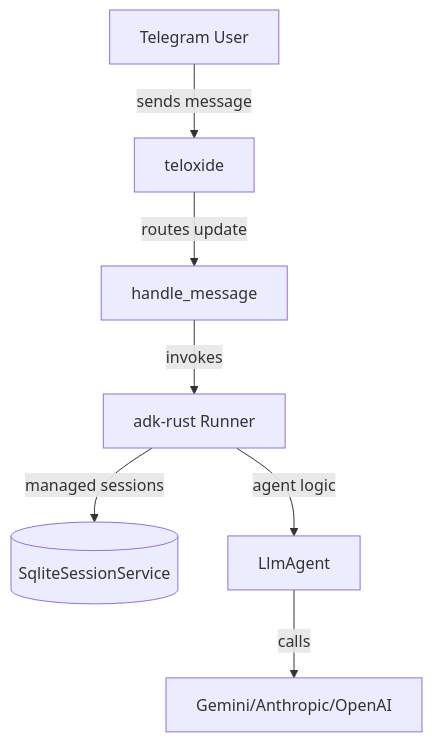
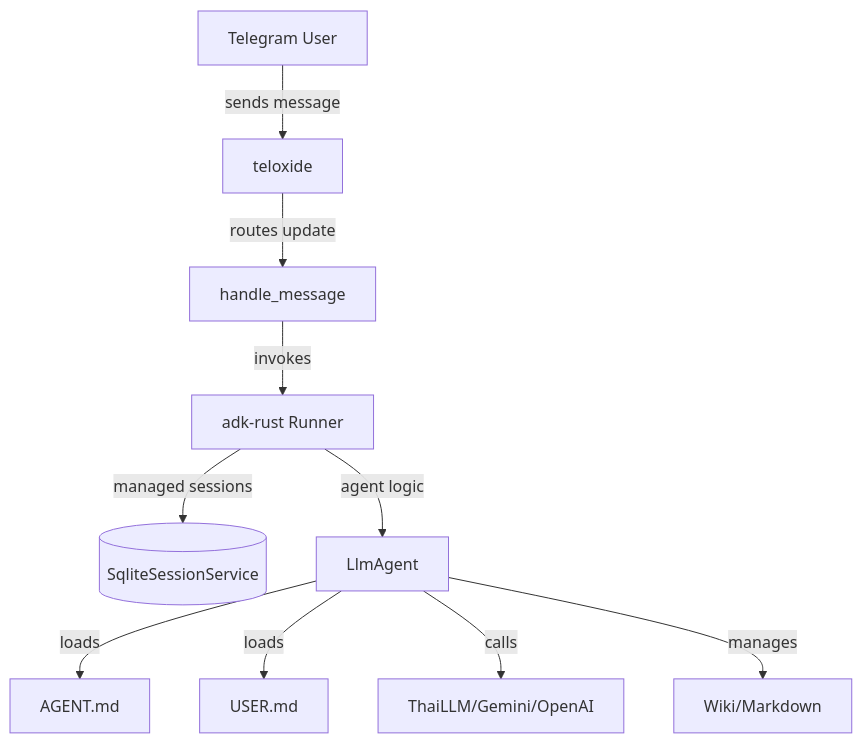
Before and after one commit to anoochit/telegram_bot: the diagram in README.md, drawn with Mermaid. The commit also changed other lines of this file, not shown here.

Commit message:
docs: update README with new architecture, wiki KM, and persona system

````diff
--- a/README.md
+++ b/README.md
@@ -51,9 +58,12 @@
 ```mermaid
 graph TD
     User[Telegram User] -- sends message --> T[teloxide]
     T -- routes update --> H[handle_message]
     H -- invokes --> R[adk-rust Runner]
     R -- managed sessions --> DB[(SqliteSessionService)]
     R -- agent logic --> A[LlmAgent]
-    A -- calls --> LLM[Gemini/Anthropic/OpenAI]
+    A -- loads --> AG[AGENT.md]
+    A -- loads --> US[USER.md]
+    A -- calls --> LLM[ThaiLLM/Gemini/OpenAI]
+    A -- manages --> W[Wiki/Markdown]
 ```
````
